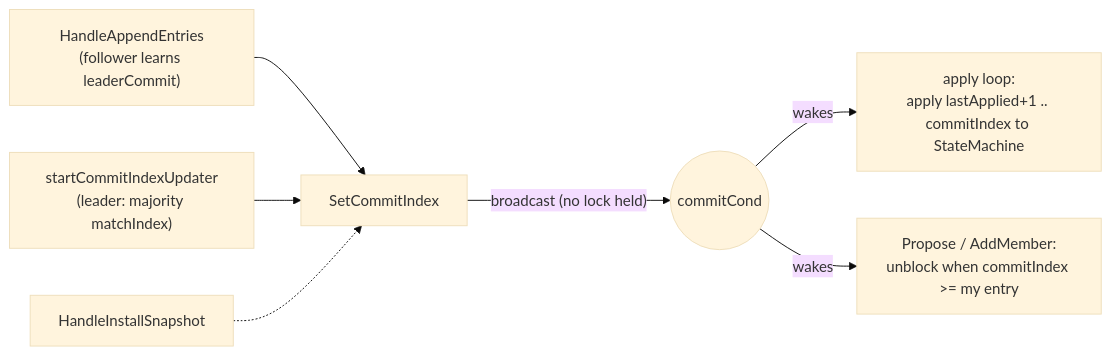
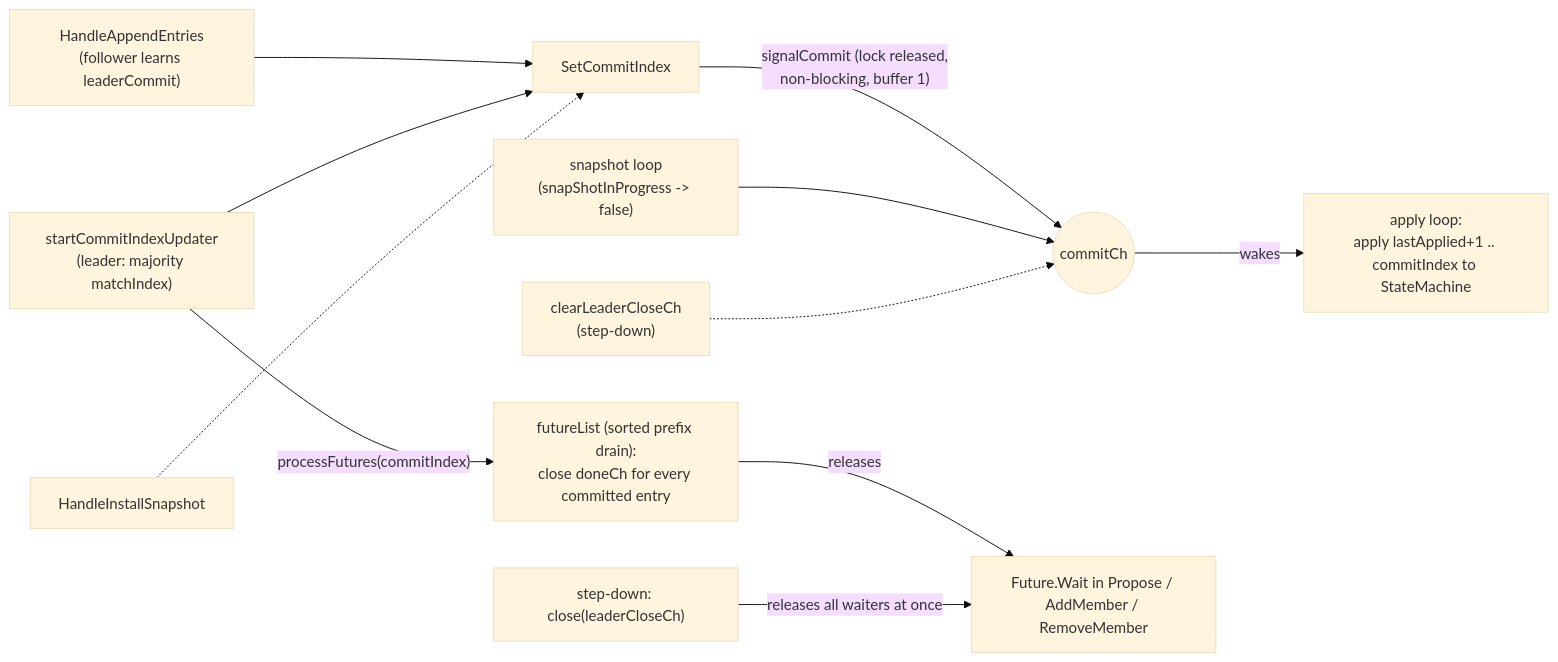
The fourth of 8 diagrams in docs/architecture.md (SHREYANSHSINGH14/raft), drawn with Mermaid (base theme) before and after one commit. The commit also changed other lines of this file and 4 other files, not shown here.

````diff
--- a/docs/architecture.md
+++ b/docs/architecture.md
@@ -145,9 +151,13 @@
 ```mermaid
 flowchart LR
     ae["HandleAppendEntries<br/>(follower learns leaderCommit)"] --> setci["SetCommitIndex"]
     ciu["startCommitIndexUpdater<br/>(leader: majority matchIndex)"] --> setci
     hi["HandleInstallSnapshot"] -.-> setci
-    setci -- "broadcast (no lock held)" --> cond((commitCond))
-    cond -- wakes --> al["apply loop:<br/>apply lastApplied+1 .. commitIndex to StateMachine"]
-    cond -- wakes --> pr["Propose / AddMember:<br/>unblock when commitIndex >= my entry"]
+    setci -- "signalCommit (lock released,<br/>non-blocking, buffer 1)" --> cch((commitCh))
+    snap["snapshot loop<br/>(snapShotInProgress -> false)"] --> cch
+    sd["clearLeaderCloseCh<br/>(step-down)"] -.-> cch
+    cch -- wakes --> al["apply loop:<br/>apply lastApplied+1 .. commitIndex to StateMachine"]
+    ciu -- "processFutures(commitIndex)" --> fl["futureList (sorted prefix drain):<br/>close doneCh for every committed entry"]
+    fl -- releases --> pr["Future.Wait in Propose / AddMember / RemoveMember"]
+    lcc["step-down: close(leaderCloseCh)"] -- "releases all waiters at once" --> pr
 ```
````
